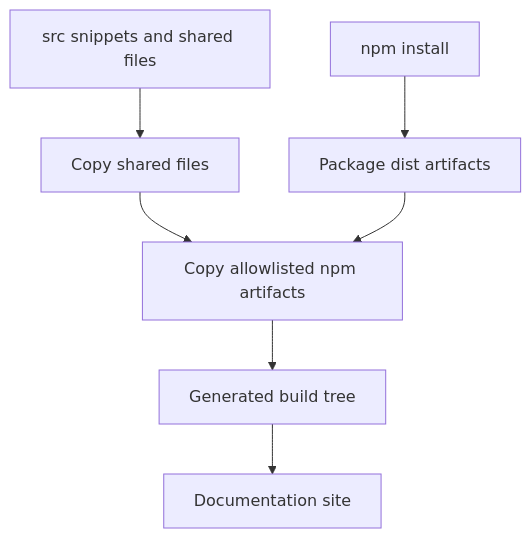
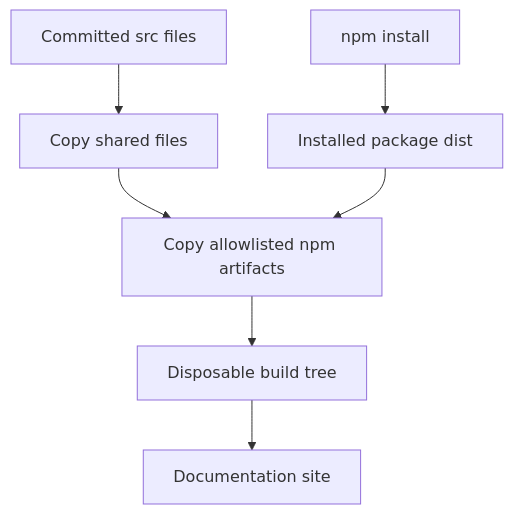
The diagram in openwiki/integrations/npm-snippets.md (langchain-ai/docs), drawn with Mermaid before and after one commit. The commit also changed other lines of this file and 54 other files, not shown here.

````diff
--- a/openwiki/integrations/npm-snippets.md
+++ b/openwiki/integrations/npm-snippets.md
@@ -52,9 +52,9 @@
 ```mermaid
 flowchart TD
-    Install["npm install"] --> Package["Package dist artifacts"]
-    Source["src snippets and shared files"] --> Shared["Copy shared files"]
+    Install["npm install"] --> Package["Installed package dist"]
+    Source["Committed src files"] --> Shared["Copy shared files"]
     Shared --> Overlay["Copy allowlisted npm artifacts"]
     Package --> Overlay
-    Overlay --> Output["Generated build tree"]
+    Overlay --> Output["Disposable build tree"]
     Output --> Site["Documentation site"]
 ```
````
